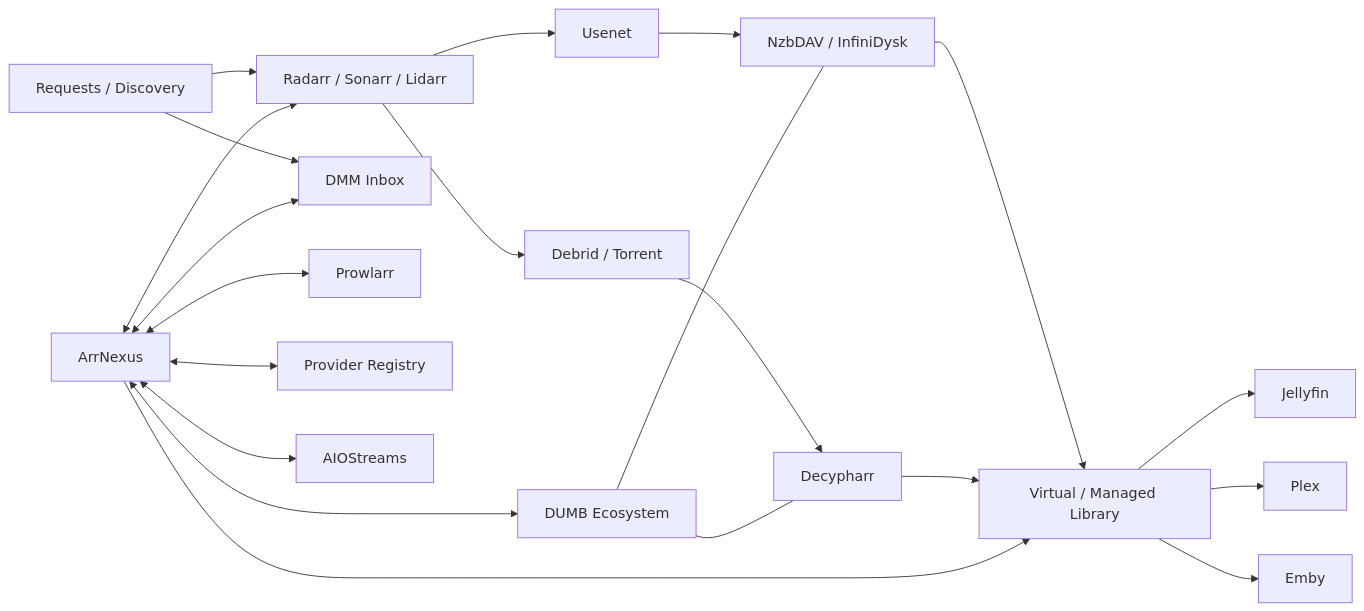
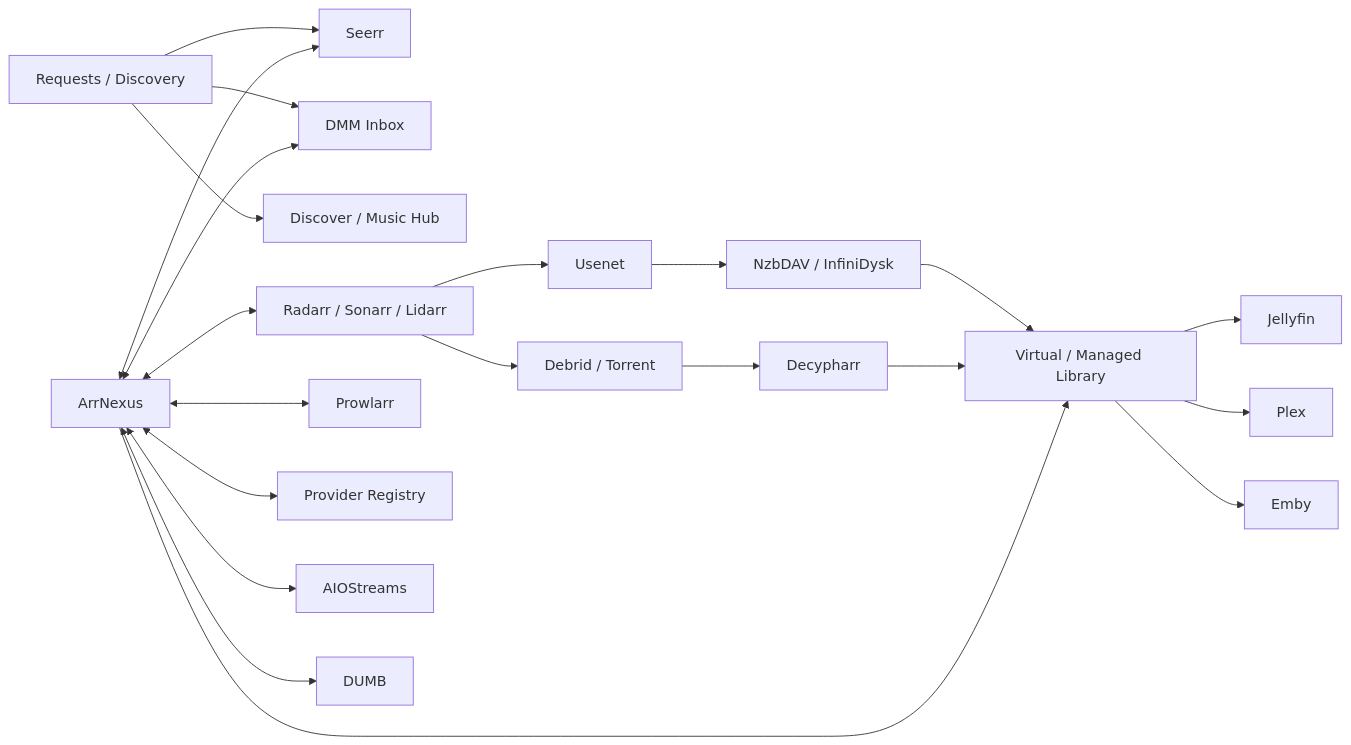
The diagram in README.md (Fudmonk95/ArrNexus), drawn with Mermaid before and after one commit. The commit also changed other lines of this file, not shown here.

Commit message:
Redesign ArrNexus README and preserve full documentation

````diff
--- a/README.md
+++ b/README.md
@@ -105,28 +118,28 @@
 ```mermaid
 flowchart LR
-    USER[Requests / Discovery] --> ARR[Radarr / Sonarr / Lidarr]
+    USER[Requests / Discovery] --> SEERR[Seerr]
     USER --> DMM[DMM Inbox]
+    USER --> DISC[Discover / Music Hub]
 
-    AN[ArrNexus] <--> ARR
+    AN[ArrNexus] <--> SEERR
+    AN <--> ARR[Radarr / Sonarr / Lidarr]
     AN <--> PROW[Prowlarr]
     AN <--> DMM
     AN <--> PROVIDERS[Provider Registry]
     AN <--> AIO[AIOStreams]
+    AN <--> DUMB[DUMB]
 
     ARR --> USE[Usenet]
     ARR --> DEB[Debrid / Torrent]
+
     USE --> NZB[NzbDAV / InfiniDysk]
     DEB --> DEC[Decypharr]
 
     NZB --> LIB[Virtual / Managed Library]
     DEC --> LIB
     AN --> LIB
 
     LIB --> JF[Jellyfin]
     LIB --> PLEX[Plex]
     LIB --> EMBY[Emby]
-
-    DUMB[DUMB Ecosystem] --- NZB
-    DUMB --- DEC
-    AN <--> DUMB
 ```
````
